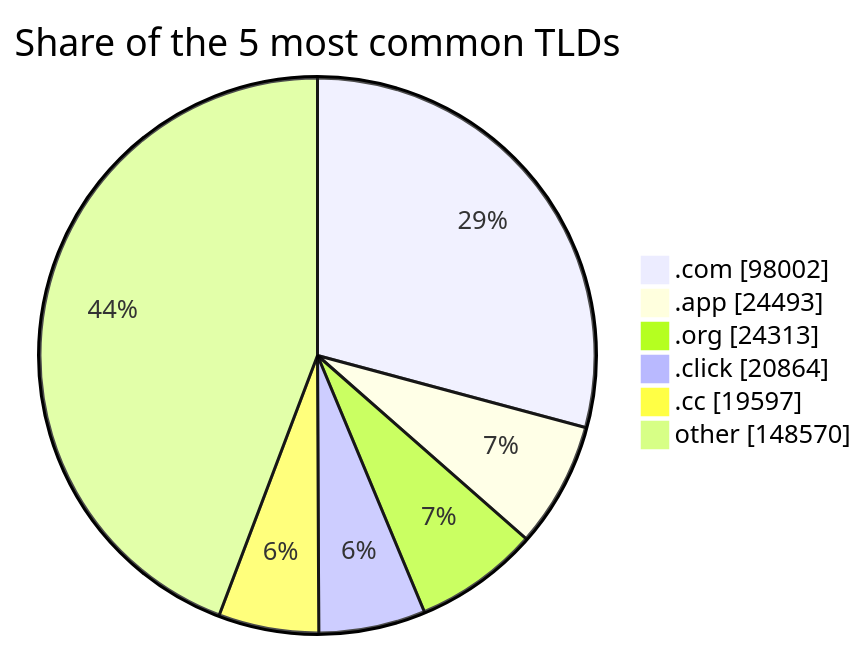
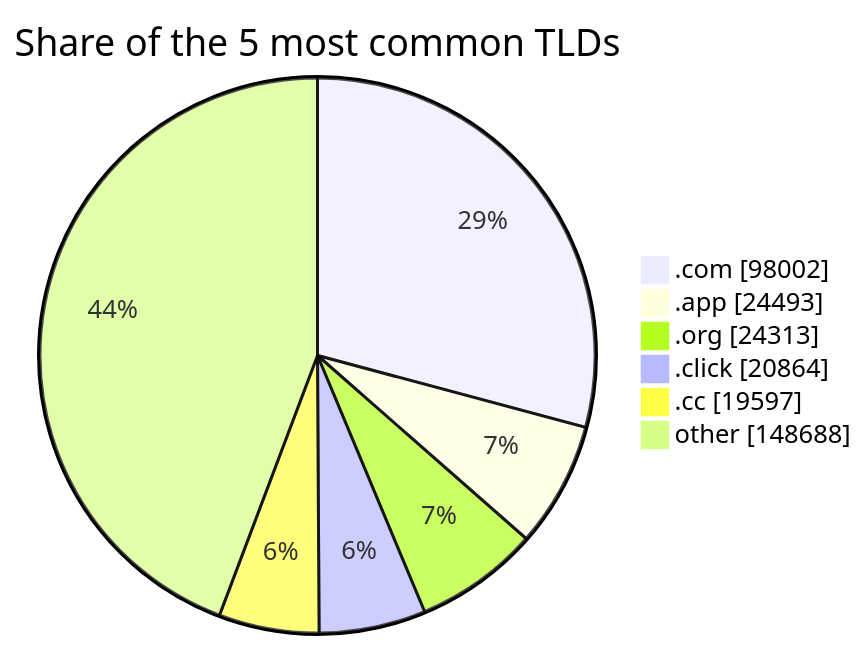
The third of 3 diagrams in README.md (DNSBunker/CTI), drawn with Mermaid before and after one commit. The commit also changed other lines of this file and 3 other files, not shown here.

````diff
--- a/README.md
+++ b/README.md
@@ -81,9 +81,9 @@
 ```mermaid
 pie showData title Share of the 5 most common TLDs
     ".com" : 98002
     ".app" : 24493
     ".org" : 24313
     ".click" : 20864
     ".cc" : 19597
-    "other" : 148570
+    "other" : 148688
 ```
````
